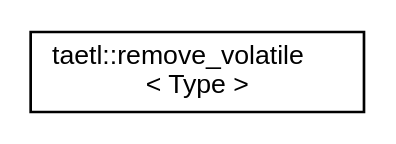
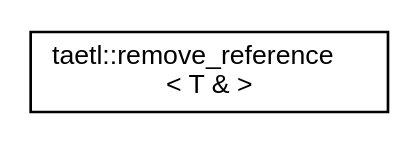
One commit to tobanteAudio/taetl changed the diagram in inherit_graph_18.dot. Above: the diagram before and after it, drawn with Graphviz. The commit also changed 82 other files, not shown here.

```diff
--- a/inherit_graph_18.dot
+++ b/inherit_graph_18.dot
@@ -1,7 +1,7 @@
 digraph "Graphical Class Hierarchy"
 {
   edge [fontname="Helvetica",fontsize="10",labelfontname="Helvetica",labelfontsize="10"];
   node [fontname="Helvetica",fontsize="10",shape=record];
   rankdir="LR";
-  Node0 [label="taetl::remove_volatile\l\< Type \>",height=0.2,width=0.4,color="black", fillcolor="white", style="filled",URL="$structtaetl_1_1remove__volatile.html"];
+  Node0 [label="taetl::remove_reference\l\< T & \>",height=0.2,width=0.4,color="black", fillcolor="white", style="filled",URL="$structtaetl_1_1remove__reference_3_01T_01_6_01_4.html"];
 }
```
